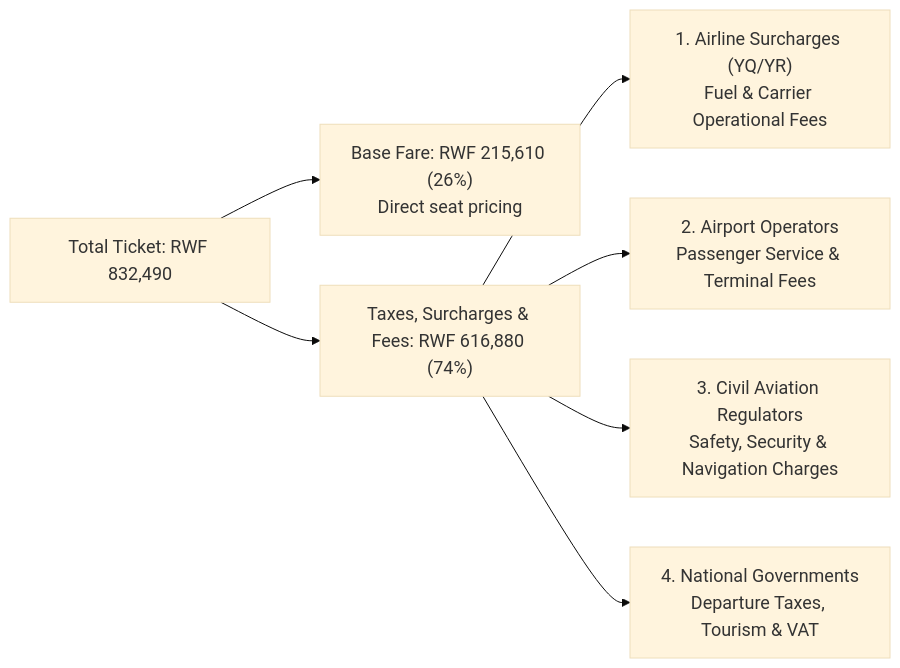
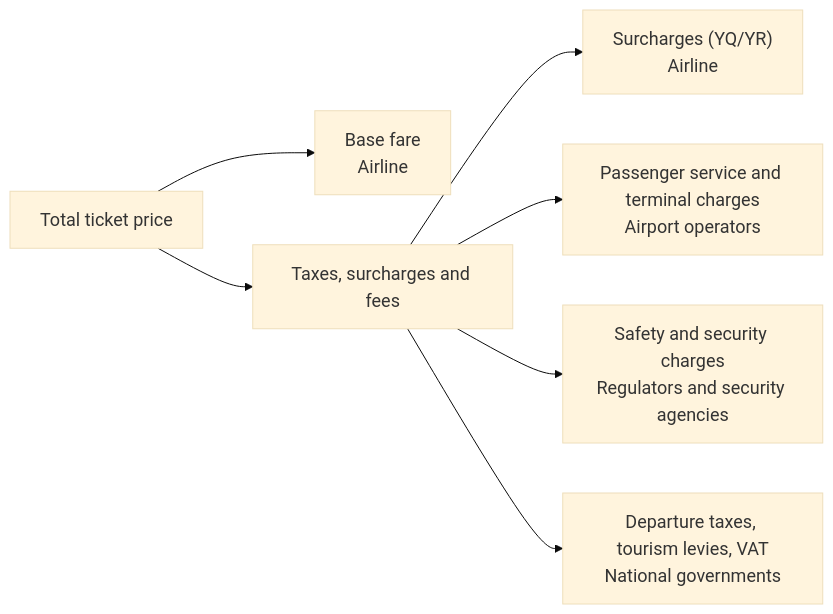
Before and after one commit to RDjarbeng/rdjarbeng.github.io: the first of 2 diagrams in _posts/2026-11-08-why-are-flight-tickets-in-africa-so-expensive-who-gets-the-taxes-and-fees.md, drawn with Mermaid. The commit also changed other lines of this file, not shown here.

````diff
--- a/_posts/2026-11-08-why-are-flight-tickets-in-africa-so-expensive-who-gets-the-taxes-and-fees.md
+++ b/_posts/2026-11-08-why-are-flight-tickets-in-africa-so-expensive-who-gets-the-taxes-and-fees.md
@@ -52,11 +104,10 @@
 ```mermaid
 %%{init: {'theme': 'base', 'themeVariables': { 'fontSize': '18px' }}}%%
 flowchart LR
-    A["Total Ticket: RWF 832,490"] --> B["Base Fare: RWF 215,610 (26%)<br/>Direct seat pricing"]
-    A --> C["Taxes, Surcharges & Fees: RWF 616,880 (74%)"]
-    
-    C --> D["1. Airline Surcharges (YQ/YR)<br/>Fuel & Carrier Operational Fees"]
-    C --> E["2. Airport Operators<br/>Passenger Service & Terminal Fees"]
-    C --> F["3. Civil Aviation Regulators<br/>Safety, Security & Navigation Charges"]
-    C --> G["4. National Governments<br/>Departure Taxes, Tourism & VAT"]
+    A["Total ticket price"] --> B["Base fare<br/>Airline"]
+    A --> C["Taxes, surcharges and fees"]
+    C --> D["Surcharges (YQ/YR)<br/>Airline"]
+    C --> E["Passenger service and terminal charges<br/>Airport operators"]
+    C --> F["Safety and security charges<br/>Regulators and security agencies"]
+    C --> G["Departure taxes, tourism levies, VAT<br/>National governments"]
 ```
````
